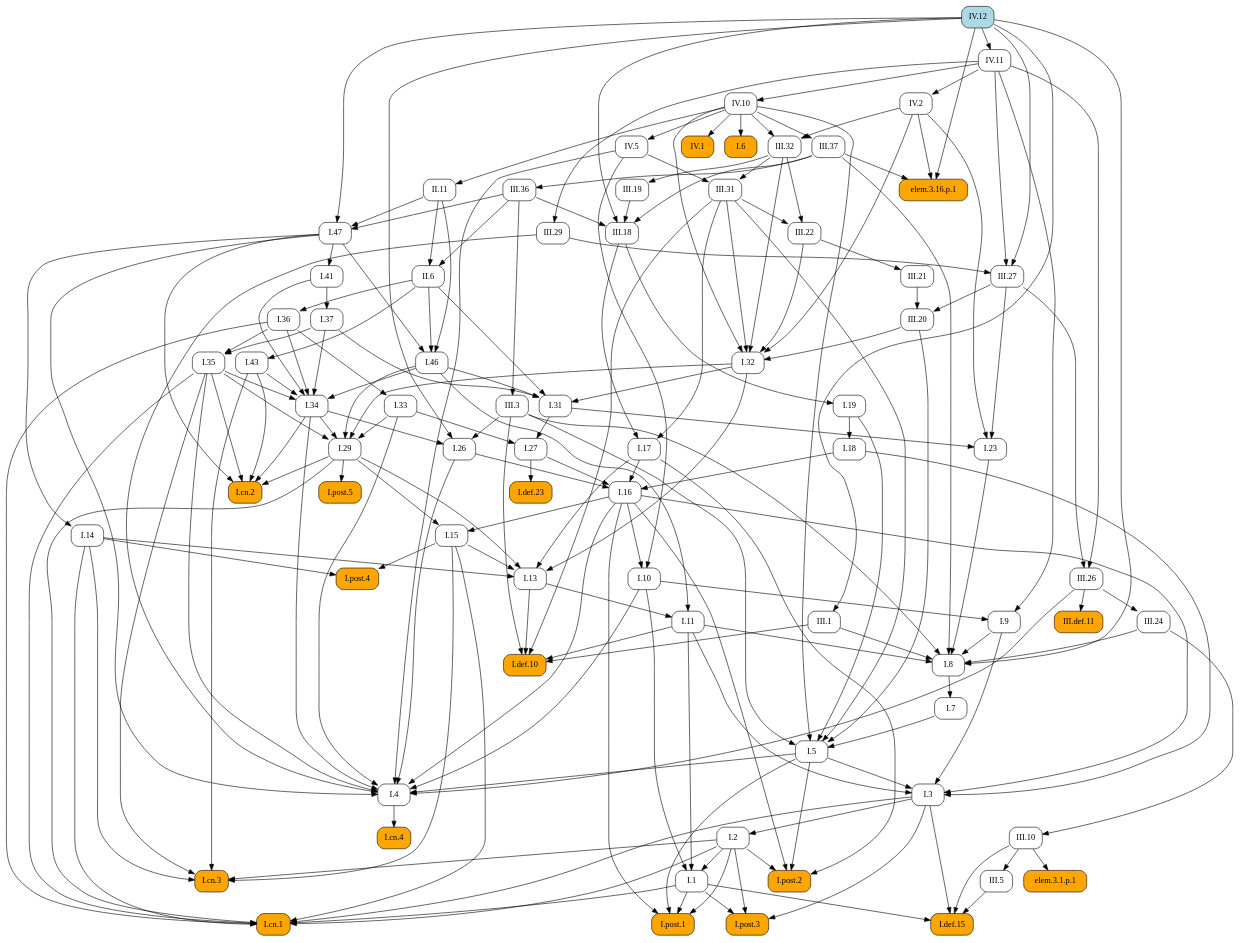
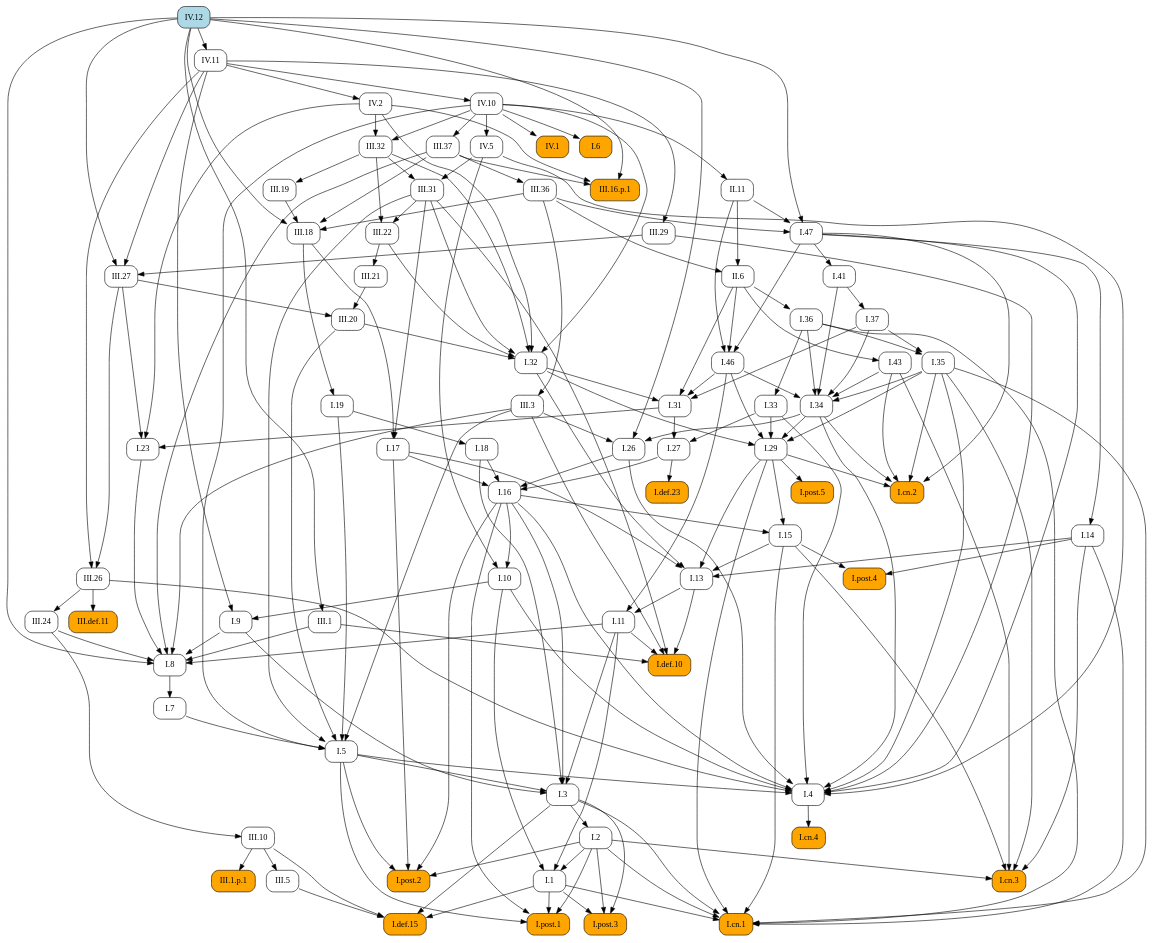
One commit to geometor/elements changed the diagram in docsrc/heath/IV/12/index.rst. Above: the diagram before and after it, drawn with Graphviz. The commit also changed other lines of this file and 484 other files, not shown here.

```diff
--- a/docsrc/heath/IV/12/index.rst
+++ b/docsrc/heath/IV/12/index.rst
@@ -145,213 +145,140 @@
    digraph {
      rankdir="TB";
      node [shape=box, style=rounded];
+     "I.23" [URL="/heath/I/23/", target="_top"];
+     "I.9" [URL="/heath/I/9/", target="_top"];
+     "III.16.p.1" [style="rounded,filled", fillcolor=orange];
+     "III.24" [URL="/heath/III/24/", target="_top"];
+     "IV.1" [style="rounded,filled", fillcolor=orange, URL="/heath/IV/1/", target="_top"];
+     "I.def.15" [style="rounded,filled", fillcolor=orange, URL="/heath/I/def.15/", target="_top"];
+     "I.post.1" [style="rounded,filled", fillcolor=orange, URL="/heath/I/post.1/", target="_top"];
+     "I.19" [URL="/heath/I/19/", target="_top"];
+     "III.20" [URL="/heath/III/20/", target="_top"];
+     "I.43" [URL="/heath/I/43/", target="_top"];
+     "III.19" [URL="/heath/III/19/", target="_top"];
+     "I.31" [URL="/heath/I/31/", target="_top"];
+     "III.22" [URL="/heath/III/22/", target="_top"];
      "I.def.10" [style="rounded,filled", fillcolor=orange, URL="/heath/I/def.10/", target="_top"];
+     "IV.12" [style="rounded,filled", fillcolor=lightblue, URL="/heath/IV/12/", target="_top"];
+     "I.14" [URL="/heath/I/14/", target="_top"];
+     "I.34" [URL="/heath/I/34/", target="_top"];
+     "I.3" [URL="/heath/I/3/", target="_top"];
+     "III.18" [URL="/heath/III/18/", target="_top"];
+     "III.37" [URL="/heath/III/37/", target="_top"];
+     "III.32" [URL="/heath/III/32/", target="_top"];
+     "I.2" [URL="/heath/I/2/", target="_top"];
+     "I.13" [URL="/heath/I/13/", target="_top"];
+     "I.post.4" [style="rounded,filled", fillcolor=orange, URL="/heath/I/post.4/", target="_top"];
+     "I.4" [URL="/heath/I/4/", target="_top"];
+     "III.29" [URL="/heath/III/29/", target="_top"];
+     "I.1" [URL="/heath/I/1/", target="_top"];
+     "I.17" [URL="/heath/I/17/", target="_top"];
+     "I.8" [URL="/heath/I/8/", target="_top"];
+     "III.3" [URL="/heath/III/3/", target="_top"];
+     "I.29" [URL="/heath/I/29/", target="_top"];
+     "IV.11" [URL="/heath/IV/11/", target="_top"];
+     "I.15" [URL="/heath/I/15/", target="_top"];
+     "I.10" [URL="/heath/I/10/", target="_top"];
      "I.11" [URL="/heath/I/11/", target="_top"];
-     "I.post.4" [style="rounded,filled", fillcolor=orange, URL="/heath/I/post.4/", target="_top"];
-     "I.1" [URL="/heath/I/1/", target="_top"];
-     "III.20" [URL="/heath/III/20/", target="_top"];
+     "II.11" [URL="/heath/II/11/", target="_top"];
+     "I.def.23" [style="rounded,filled", fillcolor=orange, URL="/heath/I/def.23/", target="_top"];
+     "I.46" [URL="/heath/I/46/", target="_top"];
+     "I.26" [URL="/heath/I/26/", target="_top"];
+     "I.33" [URL="/heath/I/33/", target="_top"];
+     "I.32" [URL="/heath/I/32/", target="_top"];
+     "I.47" [URL="/heath/I/47/", target="_top"];
+     "II.6" [URL="/heath/II/6/", target="_top"];
+     "III.def.11" [style="rounded,filled", fillcolor=orange, URL="/heath/III/def.11/", target="_top"];
+     "III.1" [URL="/heath/III/1/", target="_top"];
+     "I.post.3" [style="rounded,filled", fillcolor=orange, URL="/heath/I/post.3/", target="_top"];
+     "III.10" [URL="/heath/III/10/", target="_top"];
+     "I.18" [URL="/heath/I/18/", target="_top"];
+     "I.27" [URL="/heath/I/27/", target="_top"];
+     "III.5" [URL="/heath/III/5/", target="_top"];
+     "I.35" [URL="/heath/I/35/", target="_top"];
+     "I.cn.1" [style="rounded,filled", fillcolor=orange, URL="/heath/I/cn.1/", target="_top"];
+     "I.7" [URL="/heath/I/7/", target="_top"];
+     "III.27" [URL="/heath/III/27/", target="_top"];
+     "III.26" [URL="/heath/III/26/", target="_top"];
+     "III.36" [URL="/heath/III/36/", target="_top"];
+     "I.36" [URL="/heath/I/36/", target="_top"];
+     "IV.10" [URL="/heath/IV/10/", target="_top"];
+     "I.5" [URL="/heath/I/5/", target="_top"];
+     "I.37" [URL="/heath/I/37/", target="_top"];
+     "I.cn.3" [style="rounded,filled", fillcolor=orange, URL="/heath/I/cn.3/", target="_top"];
+     "I.16" [URL="/heath/I/16/", target="_top"];
      "III.31" [URL="/heath/III/31/", target="_top"];
-     "I.47" [URL="/heath/I/47/", target="_top"];
-     "III.def.11" [style="rounded,filled", fillcolor=orange, URL="/heath/III/def.11/", target="_top"];
-     "I.post.3" [style="rounded,filled", fillcolor=orange, URL="/heath/I/post.3/", target="_top"];
-     "I.cn.3" [style="rounded,filled", fillcolor=orange, URL="/heath/I/cn.3/", target="_top"];
-     "I.14" [URL="/heath/I/14/", target="_top"];
-     "III.36" [URL="/heath/III/36/", target="_top"];
-     "elem.3.16.p.1" [style="rounded,filled", fillcolor=orange];
-     "III.29" [URL="/heath/III/29/", target="_top"];
+     "III.1.p.1" [style="rounded,filled", fillcolor=orange];
+     "I.cn.2" [style="rounded,filled", fillcolor=orange, URL="/heath/I/cn.2/", target="_top"];
+     "IV.2" [URL="/heath/IV/2/", target="_top"];
+     "I.post.5" [style="rounded,filled", fillcolor=orange, URL="/heath/I/post.5/", target="_top"];
+     "I.cn.4" [style="rounded,filled", fillcolor=orange, URL="/heath/I/cn.4/", target="_top"];
+     "IV.5" [URL="/heath/IV/5/", target="_top"];
      "I.41" [URL="/heath/I/41/", target="_top"];
-     "I.27" [URL="/heath/I/27/", target="_top"];
-     "I.36" [URL="/heath/I/36/", target="_top"];
-     "I.37" [URL="/heath/I/37/", target="_top"];
-     "I.34" [URL="/heath/I/34/", target="_top"];
-     "I.2" [URL="/heath/I/2/", target="_top"];
-     "I.def.23" [style="rounded,filled", fillcolor=orange, URL="/heath/I/def.23/", target="_top"];
-     "I.17" [URL="/heath/I/17/", target="_top"];
-     "IV.1" [style="rounded,filled", fillcolor=orange, URL="/heath/IV/1/", target="_top"];
-     "I.33" [URL="/heath/I/33/", target="_top"];
      "I.post.2" [style="rounded,filled", fillcolor=orange, URL="/heath/I/post.2/", target="_top"];
-     "II.11" [URL="/heath/II/11/", target="_top"];
-     "I.9" [URL="/heath/I/9/", target="_top"];
-     "III.3" [URL="/heath/III/3/", target="_top"];
-     "I.32" [URL="/heath/I/32/", target="_top"];
-     "III.37" [URL="/heath/III/37/", target="_top"];
-     "I.cn.4" [style="rounded,filled", fillcolor=orange, URL="/heath/I/cn.4/", target="_top"];
-     "I.15" [URL="/heath/I/15/", target="_top"];
-     "IV.11" [URL="/heath/IV/11/", target="_top"];
-     "III.22" [URL="/heath/III/22/", target="_top"];
-     "I.5" [URL="/heath/I/5/", target="_top"];
-     "III.5" [URL="/heath/III/5/", target="_top"];
-     "I.26" [URL="/heath/I/26/", target="_top"];
-     "III.32" [URL="/heath/III/32/", target="_top"];
-     "III.26" [URL="/heath/III/26/", target="_top"];
-     "IV.2" [URL="/heath/IV/2/", target="_top"];
-     "I.29" [URL="/heath/I/29/", target="_top"];
-     "elem.3.1.p.1" [style="rounded,filled", fillcolor=orange];
-     "I.cn.2" [style="rounded,filled", fillcolor=orange, URL="/heath/I/cn.2/", target="_top"];
-     "III.19" [URL="/heath/III/19/", target="_top"];
-     "I.18" [URL="/heath/I/18/", target="_top"];
-     "I.def.15" [style="rounded,filled", fillcolor=orange, URL="/heath/I/def.15/", target="_top"];
-     "I.cn.1" [style="rounded,filled", fillcolor=orange, URL="/heath/I/cn.1/", target="_top"];
-     "I.23" [URL="/heath/I/23/", target="_top"];
-     "IV.12" [style="rounded,filled", fillcolor=lightblue, URL="/heath/IV/12/", target="_top"];
-     "IV.10" [URL="/heath/IV/10/", target="_top"];
-     "I.43" [URL="/heath/I/43/", target="_top"];
-     "I.post.1" [style="rounded,filled", fillcolor=orange, URL="/heath/I/post.1/", target="_top"];
-     "III.24" [URL="/heath/III/24/", target="_top"];
-     "I.35" [URL="/heath/I/35/", target="_top"];
-     "I.46" [URL="/heath/I/46/", target="_top"];
-     "I.7" [URL="/heath/I/7/", target="_top"];
+     "III.21" [URL="/heath/III/21/", target="_top"];
      "I.6" [style="rounded,filled", fillcolor=orange, URL="/heath/I/6/", target="_top"];
-     "I.3" [URL="/heath/I/3/", target="_top"];
-     "I.4" [URL="/heath/I/4/", target="_top"];
-     "II.6" [URL="/heath/II/6/", target="_top"];
-     "I.13" [URL="/heath/I/13/", target="_top"];
-     "I.31" [URL="/heath/I/31/", target="_top"];
-     "I.16" [URL="/heath/I/16/", target="_top"];
-     "III.10" [URL="/heath/III/10/", target="_top"];
-     "I.19" [URL="/heath/I/19/", target="_top"];
-     "IV.5" [URL="/heath/IV/5/", target="_top"];
-     "III.27" [URL="/heath/III/27/", target="_top"];
-     "III.1" [URL="/heath/III/1/", target="_top"];
-     "I.8" [URL="/heath/I/8/", target="_top"];
-     "III.21" [URL="/heath/III/21/", target="_top"];
-     "I.post.5" [style="rounded,filled", fillcolor=orange, URL="/heath/I/post.5/", target="_top"];
-     "I.10" [URL="/heath/I/10/", target="_top"];
-     "III.18" [URL="/heath/III/18/", target="_top"];
+     "I.31" -> "I.23";
+     "III.27" -> "I.23";
+     "IV.2" -> "I.23";
+     "I.10" -> "I.9";
+     "IV.11" -> "I.9";
+     "III.37" -> "III.16.p.1";
+     "IV.2" -> "III.16.p.1";
+     "IV.12" -> "III.16.p.1";
+     "III.26" -> "III.24";
+     "IV.10" -> "IV.1";
+     "I.1" -> "I.def.15";
+     "I.3" -> "I.def.15";
+     "III.5" -> "I.def.15";
+     "III.10" -> "I.def.15";
+     "I.1" -> "I.post.1";
+     "I.2" -> "I.post.1";
+     "I.5" -> "I.post.1";
+     "I.16" -> "I.post.1";
+     "III.18" -> "I.19";
+     "III.21" -> "III.20";
+     "III.27" -> "III.20";
+     "II.6" -> "I.43";
+     "III.32" -> "III.19";
+     "I.32" -> "I.31";
+     "I.37" -> "I.31";
+     "I.46" -> "I.31";
+     "II.6" -> "I.31";
+     "III.31" -> "III.22";
+     "III.32" -> "III.22";
      "I.11" -> "I.def.10";
      "I.13" -> "I.def.10";
      "III.1" -> "I.def.10";
      "III.3" -> "I.def.10";
      "III.31" -> "I.def.10";
-     "I.13" -> "I.11";
-     "I.46" -> "I.11";
-     "I.14" -> "I.post.4";
-     "I.15" -> "I.post.4";
-     "I.2" -> "I.1";
-     "I.10" -> "I.1";
-     "I.11" -> "I.1";
-     "III.21" -> "III.20";
-     "III.27" -> "III.20";
-     "III.32" -> "III.31";
-     "IV.5" -> "III.31";
-     "II.11" -> "I.47";
-     "III.36" -> "I.47";
-     "IV.12" -> "I.47";
-     "III.26" -> "III.def.11";
-     "I.1" -> "I.post.3";
-     "I.2" -> "I.post.3";
-     "I.3" -> "I.post.3";
-     "I.2" -> "I.cn.3";
-     "I.14" -> "I.cn.3";
-     "I.15" -> "I.cn.3";
-     "I.35" -> "I.cn.3";
-     "I.43" -> "I.cn.3";
      "I.47" -> "I.14";
-     "III.37" -> "III.36";
-     "III.37" -> "elem.3.16.p.1";
-     "IV.2" -> "elem.3.16.p.1";
-     "IV.12" -> "elem.3.16.p.1";
-     "IV.11" -> "III.29";
-     "I.47" -> "I.41";
-     "I.31" -> "I.27";
-     "I.33" -> "I.27";
-     "II.6" -> "I.36";
-     "I.41" -> "I.37";
      "I.35" -> "I.34";
      "I.36" -> "I.34";
      "I.37" -> "I.34";
      "I.41" -> "I.34";
      "I.43" -> "I.34";
      "I.46" -> "I.34";
-     "I.3" -> "I.2";
-     "I.27" -> "I.def.23";
-     "III.18" -> "I.17";
-     "III.31" -> "I.17";
-     "IV.10" -> "IV.1";
-     "I.36" -> "I.33";
-     "I.2" -> "I.post.2";
-     "I.5" -> "I.post.2";
-     "I.16" -> "I.post.2";
-     "I.17" -> "I.post.2";
-     "IV.10" -> "II.11";
-     "I.10" -> "I.9";
-     "IV.11" -> "I.9";
-     "III.36" -> "III.3";
-     "III.20" -> "I.32";
-     "III.22" -> "I.32";
-     "III.31" -> "I.32";
-     "III.32" -> "I.32";
-     "IV.2" -> "I.32";
-     "IV.10" -> "I.32";
-     "IV.10" -> "III.37";
-     "I.4" -> "I.cn.4";
-     "I.16" -> "I.15";
-     "I.29" -> "I.15";
-     "IV.12" -> "IV.11";
-     "III.31" -> "III.22";
-     "III.32" -> "III.22";
-     "I.7" -> "I.5";
-     "I.19" -> "I.5";
-     "III.3" -> "I.5";
-     "III.20" -> "I.5";
-     "III.31" -> "I.5";
-     "IV.10" -> "I.5";
-     "III.10" -> "III.5";
-     "I.34" -> "I.26";
-     "III.3" -> "I.26";
-     "IV.12" -> "I.26";
-     "IV.2" -> "III.32";
-     "IV.10" -> "III.32";
-     "III.27" -> "III.26";
-     "IV.11" -> "III.26";
-     "IV.11" -> "IV.2";
-     "I.32" -> "I.29";
-     "I.33" -> "I.29";
-     "I.34" -> "I.29";
-     "I.35" -> "I.29";
-     "I.46" -> "I.29";
-     "III.10" -> "elem.3.1.p.1";
-     "I.29" -> "I.cn.2";
-     "I.34" -> "I.cn.2";
-     "I.35" -> "I.cn.2";
-     "I.43" -> "I.cn.2";
-     "I.47" -> "I.cn.2";
-     "III.32" -> "III.19";
-     "I.19" -> "I.18";
-     "I.1" -> "I.def.15";
-     "I.3" -> "I.def.15";
-     "III.5" -> "I.def.15";
-     "III.10" -> "I.def.15";
-     "I.1" -> "I.cn.1";
-     "I.2" -> "I.cn.1";
-     "I.3" -> "I.cn.1";
-     "I.14" -> "I.cn.1";
-     "I.15" -> "I.cn.1";
-     "I.29" -> "I.cn.1";
-     "I.35" -> "I.cn.1";
-     "I.36" -> "I.cn.1";
-     "I.31" -> "I.23";
-     "III.27" -> "I.23";
-     "IV.2" -> "I.23";
-     "IV.11" -> "IV.10";
-     "II.6" -> "I.43";
-     "I.1" -> "I.post.1";
-     "I.2" -> "I.post.1";
-     "I.5" -> "I.post.1";
-     "I.16" -> "I.post.1";
-     "III.26" -> "III.24";
-     "I.36" -> "I.35";
-     "I.37" -> "I.35";
-     "I.47" -> "I.46";
-     "II.6" -> "I.46";
-     "II.11" -> "I.46";
-     "I.8" -> "I.7";
-     "IV.10" -> "I.6";
      "I.5" -> "I.3";
      "I.9" -> "I.3";
      "I.11" -> "I.3";
      "I.16" -> "I.3";
      "I.18" -> "I.3";
+     "III.19" -> "III.18";
+     "III.36" -> "III.18";
+     "III.37" -> "III.18";
+     "IV.12" -> "III.18";
+     "IV.10" -> "III.37";
+     "IV.2" -> "III.32";
+     "IV.10" -> "III.32";
+     "I.3" -> "I.2";
+     "I.14" -> "I.13";
+     "I.15" -> "I.13";
+     "I.17" -> "I.13";
+     "I.29" -> "I.13";
+     "I.32" -> "I.13";
+     "I.14" -> "I.post.4";
+     "I.15" -> "I.post.4";
      "I.5" -> "I.4";
      "I.10" -> "I.4";
      "I.16" -> "I.4";
@@ -363,28 +290,12 @@
      "III.26" -> "I.4";
      "III.29" -> "I.4";
      "IV.5" -> "I.4";
-     "II.11" -> "II.6";
-     "III.36" -> "II.6";
-     "I.14" -> "I.13";
-     "I.15" -> "I.13";
-     "I.17" -> "I.13";
-     "I.29" -> "I.13";
-     "I.32" -> "I.13";
-     "I.32" -> "I.31";
-     "I.37" -> "I.31";
-     "I.46" -> "I.31";
-     "II.6" -> "I.31";
-     "I.17" -> "I.16";
-     "I.18" -> "I.16";
-     "I.26" -> "I.16";
-     "I.27" -> "I.16";
-     "III.24" -> "III.10";
-     "III.18" -> "I.19";
-     "IV.10" -> "IV.5";
-     "III.29" -> "III.27";
-     "IV.11" -> "III.27";
-     "IV.12" -> "III.27";
-     "IV.12" -> "III.1";
+     "IV.11" -> "III.29";
+     "I.2" -> "I.1";
+     "I.10" -> "I.1";
+     "I.11" -> "I.1";
+     "III.18" -> "I.17";
+     "III.31" -> "I.17";
      "I.9" -> "I.8";
      "I.11" -> "I.8";
      "I.23" -> "I.8";
@@ -393,12 +304,101 @@
      "III.24" -> "I.8";
      "III.37" -> "I.8";
      "IV.12" -> "I.8";
-     "III.22" -> "III.21";
-     "I.29" -> "I.post.5";
+     "III.36" -> "III.3";
+     "I.32" -> "I.29";
+     "I.33" -> "I.29";
+     "I.34" -> "I.29";
+     "I.35" -> "I.29";
+     "I.46" -> "I.29";
+     "IV.12" -> "IV.11";
+     "I.16" -> "I.15";
+     "I.29" -> "I.15";
      "I.16" -> "I.10";
      "IV.5" -> "I.10";
-     "III.19" -> "III.18";
-     "III.36" -> "III.18";
-     "III.37" -> "III.18";
-     "IV.12" -> "III.18";
+     "I.13" -> "I.11";
+     "I.46" -> "I.11";
+     "IV.10" -> "II.11";
+     "I.27" -> "I.def.23";
+     "I.47" -> "I.46";
+     "II.6" -> "I.46";
+     "II.11" -> "I.46";
+     "I.34" -> "I.26";
+     "III.3" -> "I.26";
+     "IV.12" -> "I.26";
+     "I.36" -> "I.33";
+     "III.20" -> "I.32";
+     "III.22" -> "I.32";
+     "III.31" -> "I.32";
+     "III.32" -> "I.32";
+     "IV.2" -> "I.32";
+     "IV.10" -> "I.32";
+     "II.11" -> "I.47";
+     "III.36" -> "I.47";
+     "IV.12" -> "I.47";
+     "II.11" -> "II.6";
+     "III.36" -> "II.6";
+     "III.26" -> "III.def.11";
+     "IV.12" -> "III.1";
+     "I.1" -> "I.post.3";
+     "I.2" -> "I.post.3";
+     "I.3" -> "I.post.3";
+     "III.24" -> "III.10";
+     "I.19" -> "I.18";
+     "I.31" -> "I.27";
+     "I.33" -> "I.27";
+     "III.10" -> "III.5";
+     "I.36" -> "I.35";
+     "I.37" -> "I.35";
+     "I.1" -> "I.cn.1";
+     "I.2" -> "I.cn.1";
+     "I.3" -> "I.cn.1";
+     "I.14" -> "I.cn.1";
+     "I.15" -> "I.cn.1";
+     "I.29" -> "I.cn.1";
+     "I.35" -> "I.cn.1";
+     "I.36" -> "I.cn.1";
+     "I.8" -> "I.7";
+     "III.29" -> "III.27";
+     "IV.11" -> "III.27";
+     "IV.12" -> "III.27";
+     "III.27" -> "III.26";
+     "IV.11" -> "III.26";
+     "III.37" -> "III.36";
+     "II.6" -> "I.36";
+     "IV.11" -> "IV.10";
+     "I.7" -> "I.5";
+     "I.19" -> "I.5";
+     "III.3" -> "I.5";
+     "III.20" -> "I.5";
+     "III.31" -> "I.5";
+     "IV.10" -> "I.5";
+     "I.41" -> "I.37";
+     "I.2" -> "I.cn.3";
+     "I.14" -> "I.cn.3";
+     "I.15" -> "I.cn.3";
+     "I.35" -> "I.cn.3";
+     "I.43" -> "I.cn.3";
+     "I.17" -> "I.16";
+     "I.18" -> "I.16";
+     "I.26" -> "I.16";
+     "I.27" -> "I.16";
+     "III.32" -> "III.31";
+     "IV.5" -> "III.31";
+     "III.10" -> "III.1.p.1";
+     "I.29" -> "I.cn.2";
+     "I.34" -> "I.cn.2";
+     "I.35" -> "I.cn.2";
+     "I.43" -> "I.cn.2";
+     "I.47" -> "I.cn.2";
+     "IV.11" -> "IV.2";
+     "I.29" -> "I.post.5";
+     "I.4" -> "I.cn.4";
+     "IV.10" -> "IV.5";
+     "I.47" -> "I.41";
+     "I.2" -> "I.post.2";
+     "I.5" -> "I.post.2";
+     "I.16" -> "I.post.2";
+     "I.17" -> "I.post.2";
+     "III.22" -> "III.21";
+     "IV.10" -> "I.6";
    }
```
